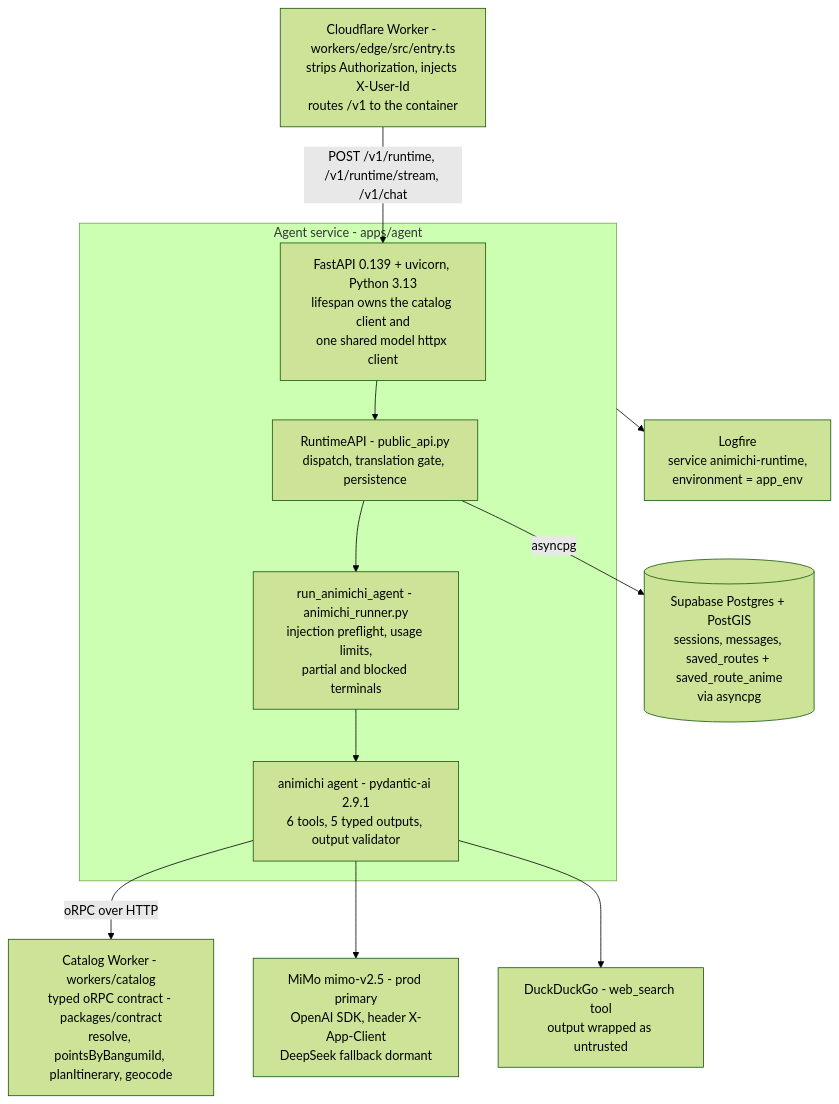
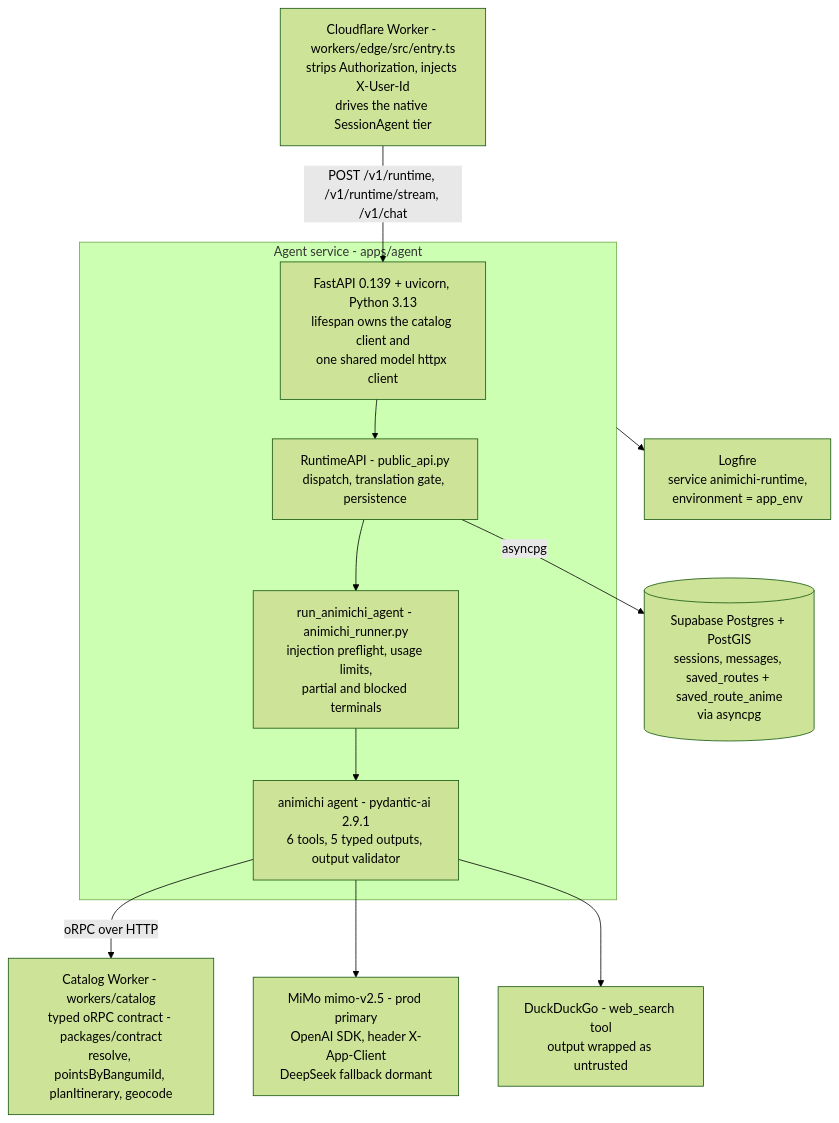
The first of 5 diagrams in docs/architecture-diagrams.md (lifeodyssey/animichi), drawn with Mermaid (forest theme) before and after one commit. The commit also changed other lines of this file and 234 other files, not shown here.

Commit message:
refactor(edge): remove the container binding and its plumbing (#1737)

````diff
--- a/docs/architecture-diagrams.md
+++ b/docs/architecture-diagrams.md
@@ -20,25 +21,25 @@
 ```mermaid
 flowchart TD
-    EDGE["Cloudflare Worker - workers/edge/src/entry.ts<br/>strips Authorization, injects X-User-Id<br/>routes /v1 to the container"]
+    EDGE["Cloudflare Worker - workers/edge/src/entry.ts<br/>strips Authorization, injects X-User-Id<br/>drives the native SessionAgent tier"]
 
     subgraph AGENT["Agent service - apps/agent"]
         API["FastAPI 0.139 + uvicorn, Python 3.13<br/>lifespan owns the catalog client and<br/>one shared model httpx client"]
         RUNTIME["RuntimeAPI - public_api.py<br/>dispatch, translation gate, persistence"]
         RUNNER["run_animichi_agent - animichi_runner.py<br/>injection preflight, usage limits,<br/>partial and blocked terminals"]
         PAI["animichi agent - pydantic-ai 2.9.1<br/>6 tools, 5 typed outputs, output validator"]
     end
 
     CAT["Catalog Worker - workers/catalog<br/>typed oRPC contract - packages/contract<br/>resolve, pointsByBangumiId, planItinerary, geocode"]
     PG[("Supabase Postgres + PostGIS<br/>sessions, messages, saved_routes + saved_route_anime<br/>via asyncpg")]
     LLM["MiMo mimo-v2.5 - prod primary<br/>OpenAI SDK, header X-App-Client<br/>DeepSeek fallback dormant"]
     DDG["DuckDuckGo - web_search tool<br/>output wrapped as untrusted"]
     OBS["Logfire<br/>service animichi-runtime,<br/>environment = app_env"]
 
     EDGE -->|"POST /v1/runtime, /v1/runtime/stream, /v1/chat"| API
     API --> RUNTIME --> RUNNER --> PAI
     PAI -->|"oRPC over HTTP"| CAT
     RUNTIME -->|asyncpg| PG
     PAI --> LLM
     PAI --> DDG
     AGENT --> OBS
 ```
````
